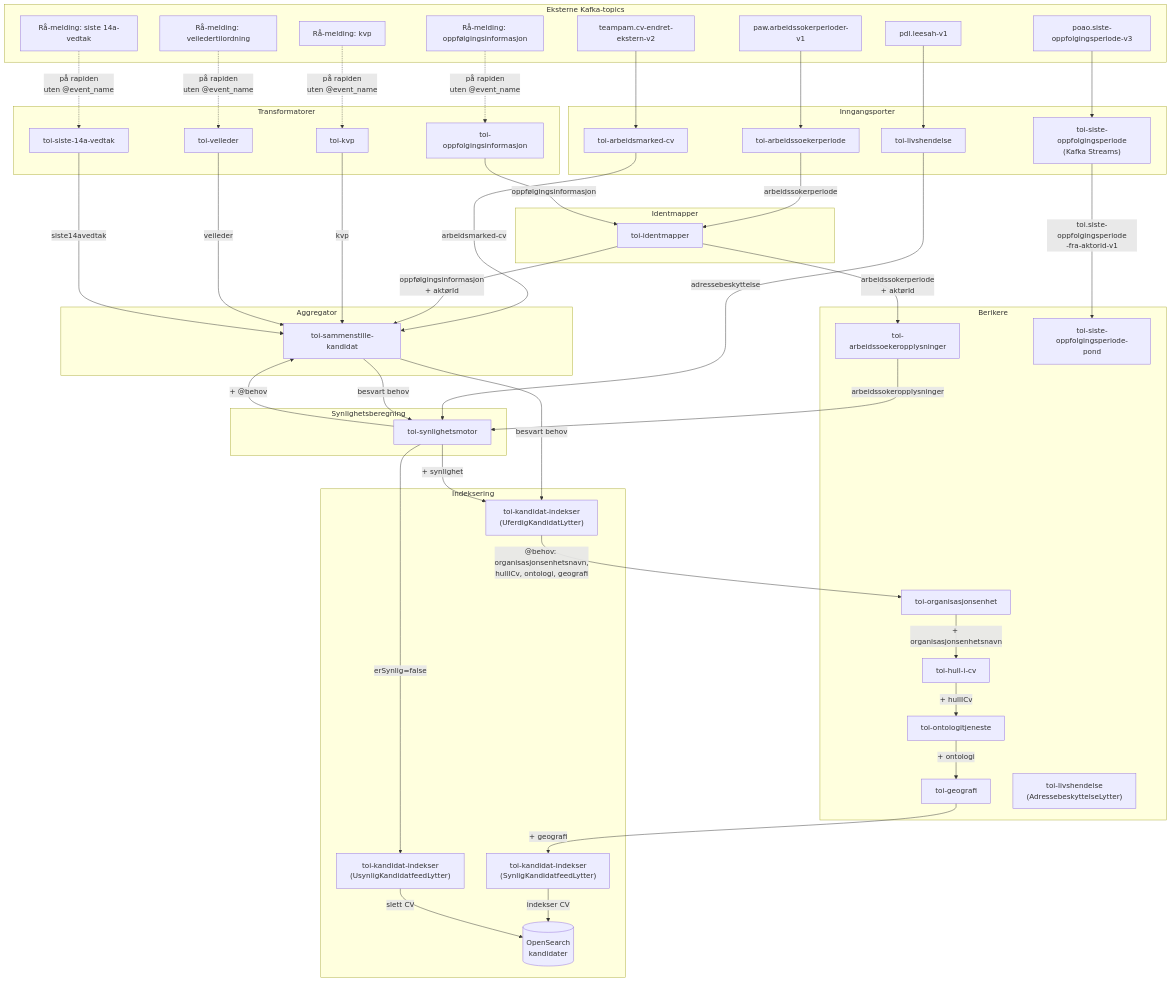
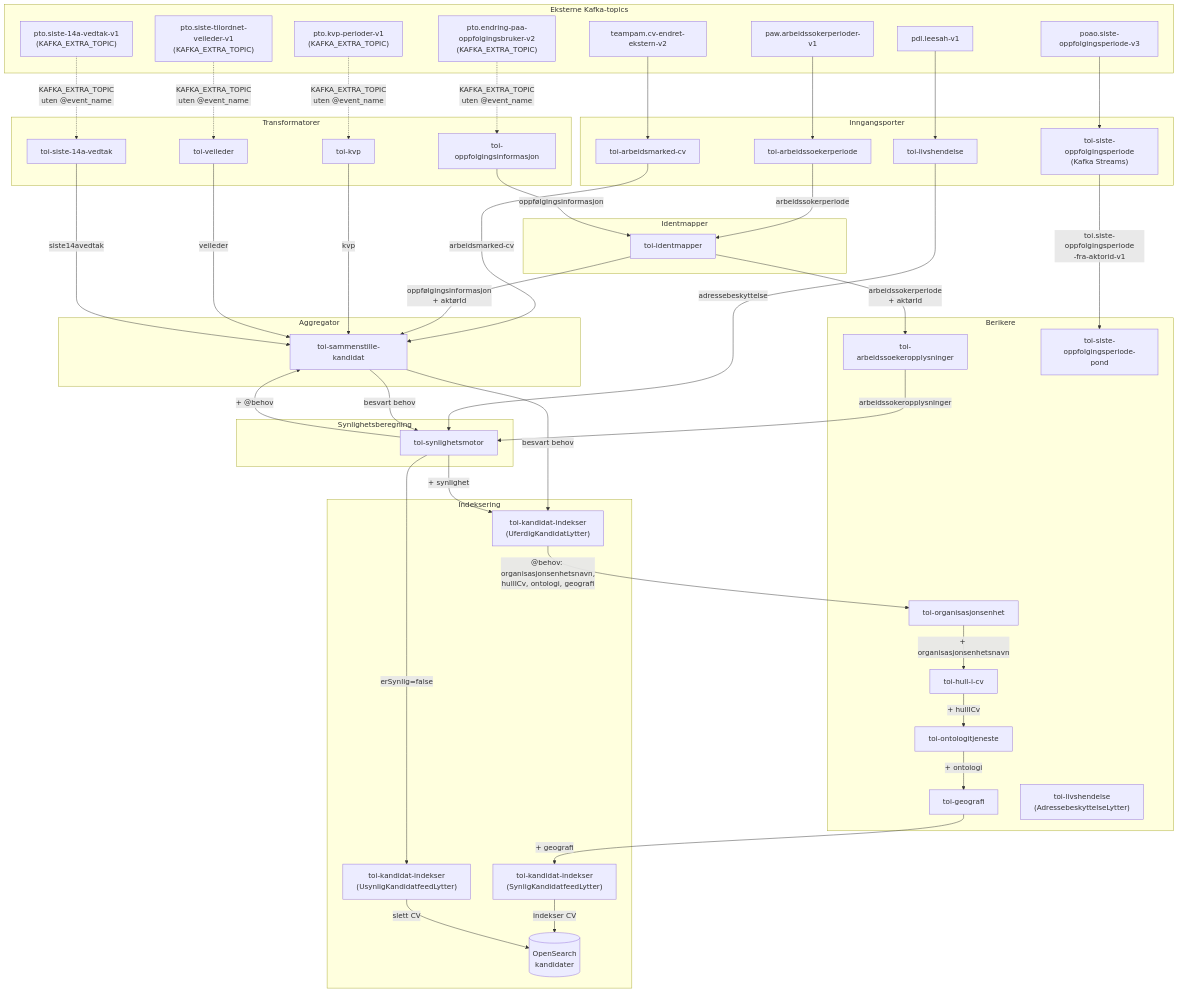
One commit to navikt/toi-rapids-and-rivers changed the first of 11 diagrams in MELDINGSFLYTER.md. Above: the diagram before and after it, drawn with Mermaid. The commit also changed other lines of this file, not shown here.

Commit message:
Oppdater meldingsflyt diagram

```diff
--- a/MELDINGSFLYTER.md
+++ b/MELDINGSFLYTER.md
@@ -29,10 +41,10 @@
         ASR_TOPIC["paw.arbeidssokerperioder-v1"]
         PDL_TOPIC["pdl.leesah-v1"]
         POAO_TOPIC["poao.siste-oppfolgingsperiode-v3"]
-        RAW_KVP["Rå-melding: kvp"]
-        RAW_OPP["Rå-melding: oppfølgingsinformasjon"]
-        RAW_VEIL["Rå-melding: veiledertilordning"]
-        RAW_14A["Rå-melding: siste 14a-vedtak"]
+        KVP_TOPIC["pto.kvp-perioder-v1<br/>(KAFKA_EXTRA_TOPIC)"]
+        OPP_TOPIC["pto.endring-paa-oppfolgingsbruker-v2<br/>(KAFKA_EXTRA_TOPIC)"]
+        VEIL_TOPIC["pto.siste-tilordnet-veileder-v1<br/>(KAFKA_EXTRA_TOPIC)"]
+        V14A_TOPIC["pto.siste-14a-vedtak-v1<br/>(KAFKA_EXTRA_TOPIC)"]
     end
 
     subgraph Inngangsporter
@@ -84,11 +96,11 @@
     PDL_TOPIC --> toi-livshendelse
     POAO_TOPIC --> toi-siste-oppfolgingsperiode
 
-    %% Rå-meldinger → Transformatorer
-    RAW_KVP -.->|"på rapiden<br/>uten @event_name"| toi-kvp
-    RAW_OPP -.->|"på rapiden<br/>uten @event_name"| toi-oppfolgingsinformasjon
-    RAW_VEIL -.->|"på rapiden<br/>uten @event_name"| toi-veileder
-    RAW_14A -.->|"på rapiden<br/>uten @event_name"| toi-siste-14a-vedtak
+    %% KAFKA_EXTRA_TOPIC → Transformatorer
+    KVP_TOPIC -.->|"KAFKA_EXTRA_TOPIC<br/>uten @event_name"| toi-kvp
+    OPP_TOPIC -.->|"KAFKA_EXTRA_TOPIC<br/>uten @event_name"| toi-oppfolgingsinformasjon
+    VEIL_TOPIC -.->|"KAFKA_EXTRA_TOPIC<br/>uten @event_name"| toi-veileder
+    V14A_TOPIC -.->|"KAFKA_EXTRA_TOPIC<br/>uten @event_name"| toi-siste-14a-vedtak
 
     %% Inngangsporter → hendelser med @event_name
     toi-arbeidsmarked-cv -->|"arbeidsmarked-cv"| toi-sammenstille-kandidat
```
